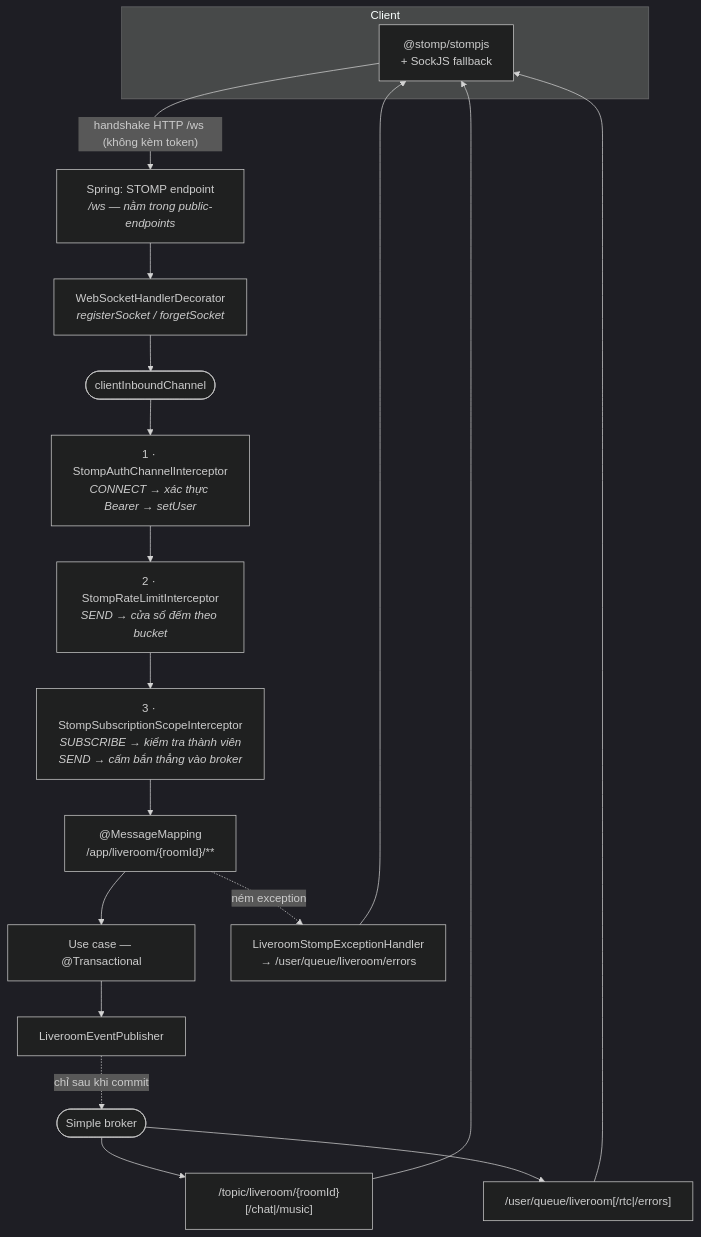
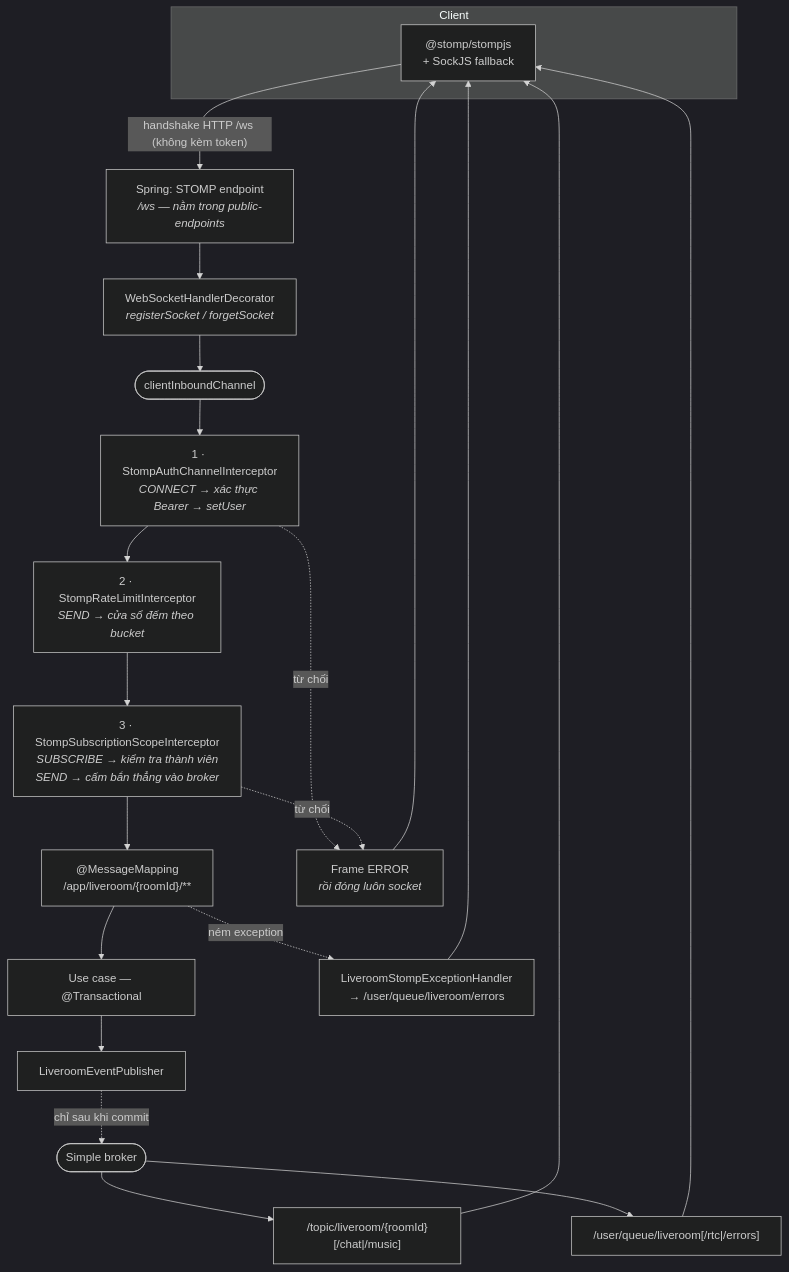
One commit to NguyenDucHoangNam/PWB_Mini changed the diagram in docs/technical/13-realtime-stomp.md. Above: the diagram before and after it, drawn with Mermaid (dark theme). The commit also changed other lines of this file and 15 other files, not shown here.

Commit message:
feat(showcase): revamp technical realtime architecture section with interactive code & protocol tabs

````diff
--- a/docs/technical/13-realtime-stomp.md
+++ b/docs/technical/13-realtime-stomp.md
@@ -24,26 +24,30 @@
 ```mermaid
 flowchart TD
     subgraph Client
       C["@stomp/stompjs<br/>+ SockJS fallback"]
     end
 
     C -- "handshake HTTP /ws (không kèm token)" --> HS["Spring: STOMP endpoint<br/><i>/ws — nằm trong public-endpoints</i>"]
     HS --> DEC["WebSocketHandlerDecorator<br/><i>registerSocket / forgetSocket</i>"]
     DEC --> IN(["clientInboundChannel"])
 
     IN --> I1["1 · StompAuthChannelInterceptor<br/><i>CONNECT → xác thực Bearer → setUser</i>"]
     I1 --> I2["2 · StompRateLimitInterceptor<br/><i>SEND → cửa sổ đếm theo bucket</i>"]
     I2 --> I3["3 · StompSubscriptionScopeInterceptor<br/><i>SUBSCRIBE → kiểm tra thành viên<br/>SEND → cấm bắn thẳng vào broker</i>"]
 
     I3 --> MM["@MessageMapping<br/>/app/liveroom/{roomId}/**"]
     MM --> UC["Use case — @Transactional"]
     UC --> PUB["LiveroomEventPublisher"]
     PUB -. "chỉ sau khi commit" .-> BR(["Simple broker"])
     BR --> T["/topic/liveroom/{roomId}[/chat|/music]"]
     BR --> Q["/user/queue/liveroom[/rtc|/errors]"]
     T --> C
     Q --> C
 
     MM -. "ném exception" .-> EH["LiveroomStompExceptionHandler<br/>→ /user/queue/liveroom/errors"]
     EH --> C
+
+    I1 -. "từ chối" .-> ERR["Frame ERROR<br/><i>rồi đóng luôn socket</i>"]
+    I3 -. "từ chối" .-> ERR
+    ERR --> C
 ```
````
